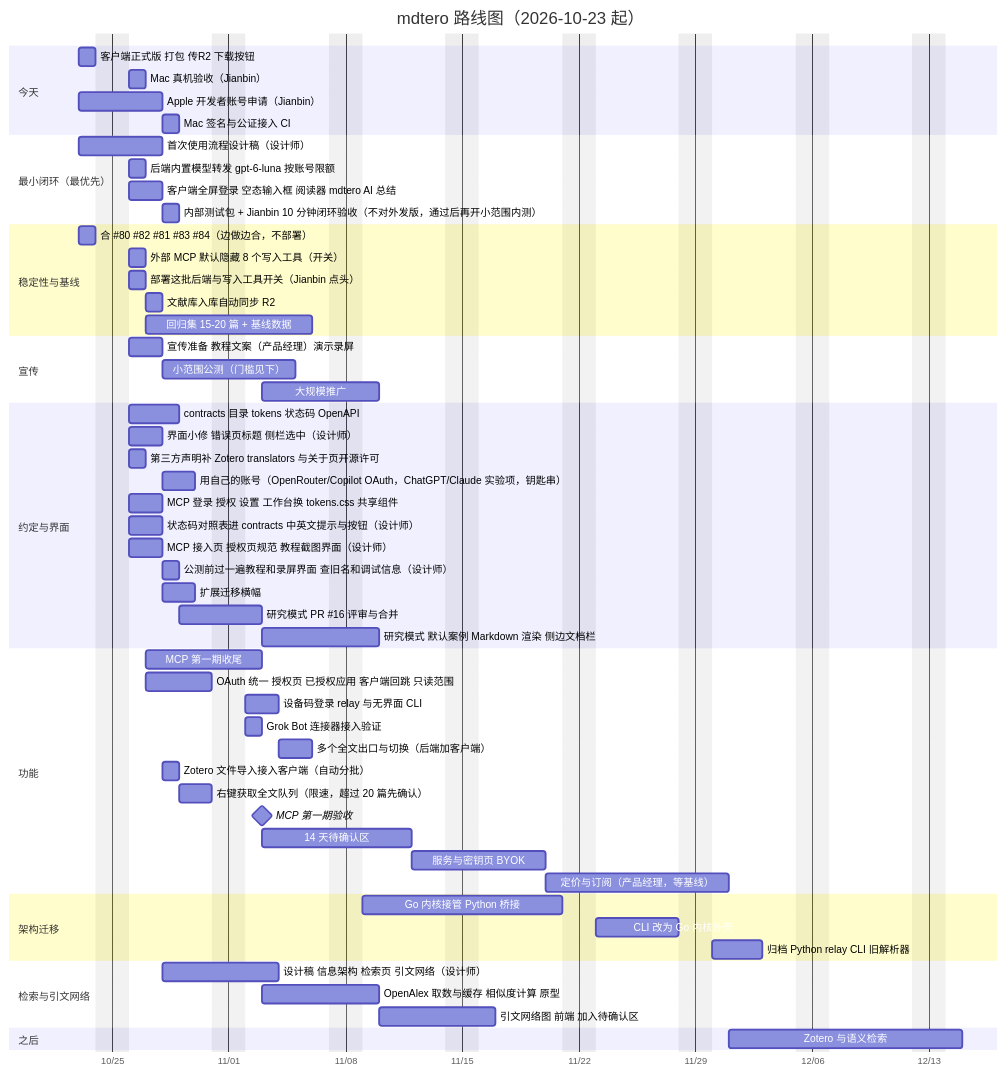
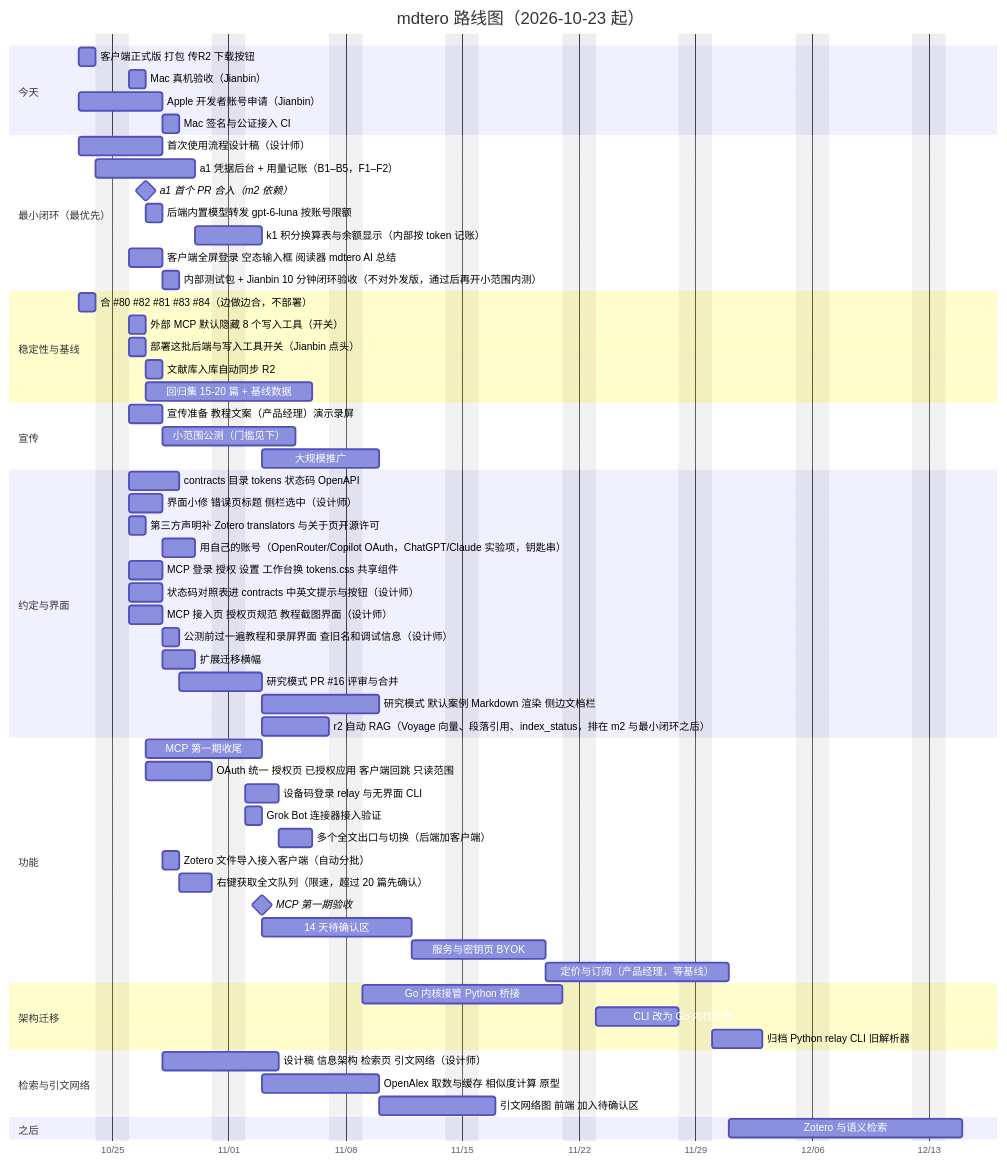
Before and after one commit to JonbinC/doi2md: the diagram in docs/roadmap/gantt.md, drawn with Mermaid. The commit also changed 1 other file, not shown here.

Commit message:
docs: PRD RAG and unified credits; gantt adds a1 credentials/usage, k1 credits, r2 auto RAG

````diff
--- a/docs/roadmap/gantt.md
+++ b/docs/roadmap/gantt.md
@@ -2,61 +2,65 @@
 ```mermaid
 gantt
     title mdtero 路线图（2026-10-23 起）
     dateFormat YYYY-MM-DD
     axisFormat %m/%d
     excludes weekends
     section 今天
     客户端正式版 打包 传R2 下载按钮      :a1, 2026-10-23, 1d
     Mac 真机验收（Jianbin）               :a2, after a1, 1d
     Apple 开发者账号申请（Jianbin）       :a3, 2026-10-23, 3d
     Mac 签名与公证接入 CI                 :a4, after a3, 1d
     section 最小闭环（最优先）
     首次使用流程设计稿（设计师）           :m1, 2026-10-23, 3d
-    后端内置模型转发 gpt-6-luna 按账号限额  :m2, 2026-10-26, 1d
+    a1 凭据后台 + 用量记账（B1–B5，F1–F2）  :cred1, 2026-10-24, 5d
+    a1 首个 PR 合入（m2 依赖）             :milestone, cred1pr, 2026-10-27, 0d
+    后端内置模型转发 gpt-6-luna 按账号限额  :m2, after cred1pr, 1d
+    k1 积分换算表与余额显示（内部按 token 记账） :k1, after cred1, 2d
     客户端全屏登录 空态输入框 阅读器 mdtero AI 总结 :m3, 2026-10-26, 2d
     内部测试包 + Jianbin 10 分钟闭环验收（不对外发版，通过后再开小范围内测） :m4, after m3, 1d
     section 稳定性与基线
     合 #80 #82 #81 #83 #84（边做边合，不部署）  :b1, 2026-10-23, 1d
     外部 MCP 默认隐藏 8 个写入工具（开关）      :b6, after b1, 1d
     部署这批后端与写入工具开关（Jianbin 点头） :b3, 2026-10-26, 1d
     文献库入库自动同步 R2                  :b5, after b3, 1d
     回归集 15-20 篇 + 基线数据             :b4, after b3, 8d
     section 宣传
     宣传准备 教程文案（产品经理）演示录屏    :p1, 2026-10-26, 2d
     小范围公测（门槛见下）                 :p2, 2026-10-28, 6d
     大规模推广                            :p3, after d4, 5d
     section 约定与界面
     contracts 目录 tokens 状态码 OpenAPI  :c1, 2026-10-26, 3d
     界面小修 错误页标题 侧栏选中（设计师） :c2, 2026-10-26, 2d
     第三方声明补 Zotero translators 与关于页开源许可 :c9, 2026-10-26, 1d
     用自己的账号（OpenRouter/Copilot OAuth，ChatGPT/Claude 实验项，钥匙串） :c10, after m3, 2d
     MCP 登录 授权 设置 工作台换 tokens.css 共享组件 :u2, 2026-10-26, 2d
     状态码对照表进 contracts 中英文提示与按钮（设计师） :c5, 2026-10-26, 2d
     MCP 接入页 授权页规范 教程截图界面（设计师） :c6, 2026-10-26, 2d
     公测前过一遍教程和录屏界面 查旧名和调试信息（设计师） :c7, after c6, 1d
     扩展迁移横幅                          :c4, 2026-10-28, 2d
     研究模式 PR #16 评审与合并             :c3, after c1, 3d
     研究模式 默认案例 Markdown 渲染 侧边文档栏 :c8, after c3, 5d
+    r2 自动 RAG（Voyage 向量、段落引用、index_status，排在 m2 与最小闭环之后） :r2, 2026-11-03, 2026-11-07
     section 功能
     MCP 第一期收尾                         :d1, after b3, 5d
     OAuth 统一 授权页 已授权应用 客户端回跳 只读范围 :o1, after b3, 4d
     设备码登录 relay 与无界面 CLI               :o2, after o1, 2d
     Grok Bot 连接器接入验证                    :g1, after o1, 1d
     多个全文出口与切换（后端加客户端）          :r1, after o2, 2d
     Zotero 文件导入接入客户端（自动分批）       :z1, after m3, 1d
     右键获取全文队列（限速，超过 20 篇先确认）     :z2, after z1, 2d
     MCP 第一期验收                         :milestone, d4, after d1 o1 g1 a4, 0d
     14 天待确认区                          :d2, after d4, 7d
     服务与密钥页 BYOK                      :d3, after d2, 6d
     定价与订阅（产品经理，等基线）          :d5, after d3, 7d
     section 架构迁移
     Go 内核接管 Python 桥接                :e1, 2026-11-09, 10d
     CLI 改为 Go 内核外壳                   :e2, after e1, 5d
     归档 Python relay CLI 旧解析器         :e3, after e2, 3d
     section 检索与引文网络
     设计稿 信息架构 检索页 引文网络（设计师） :s1, 2026-10-28, 5d
     OpenAlex 取数与缓存 相似度计算 原型       :s2, after d4, 5d
     引文网络图 前端 加入待确认区               :s3, after s2, 5d
     section 之后
     Zotero 与语义检索                      :f1, after d5, 10d
 ```
````
